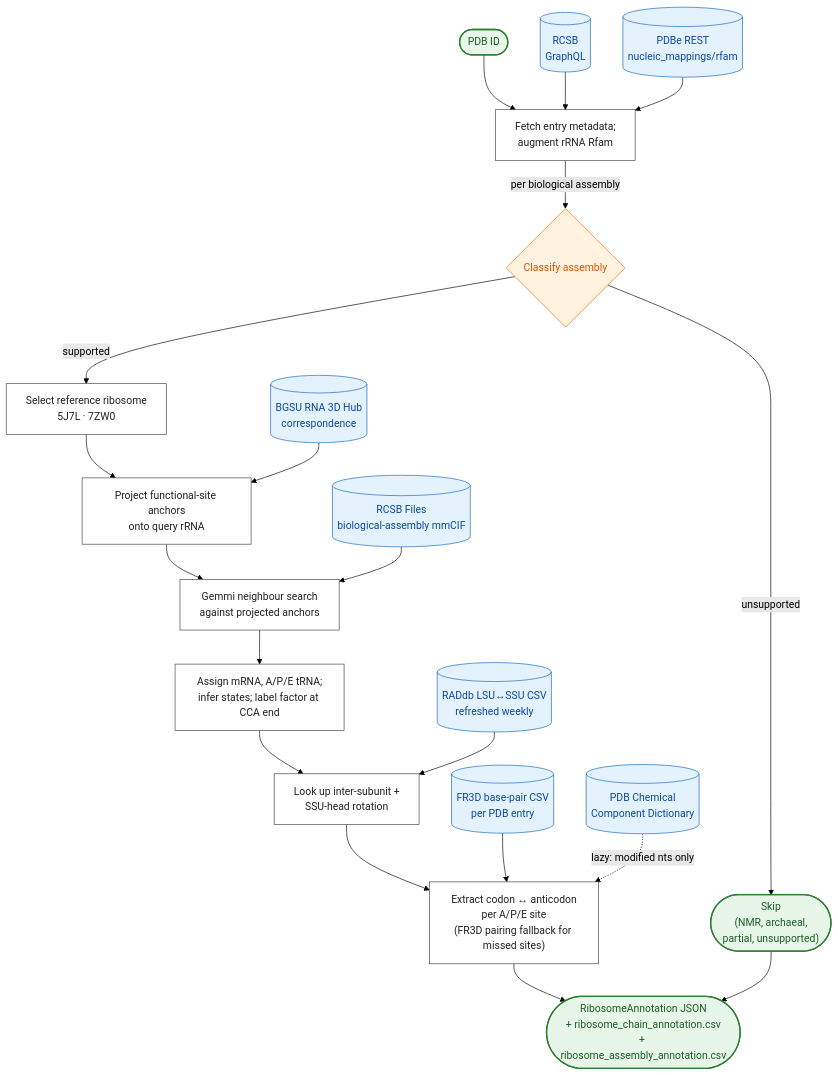
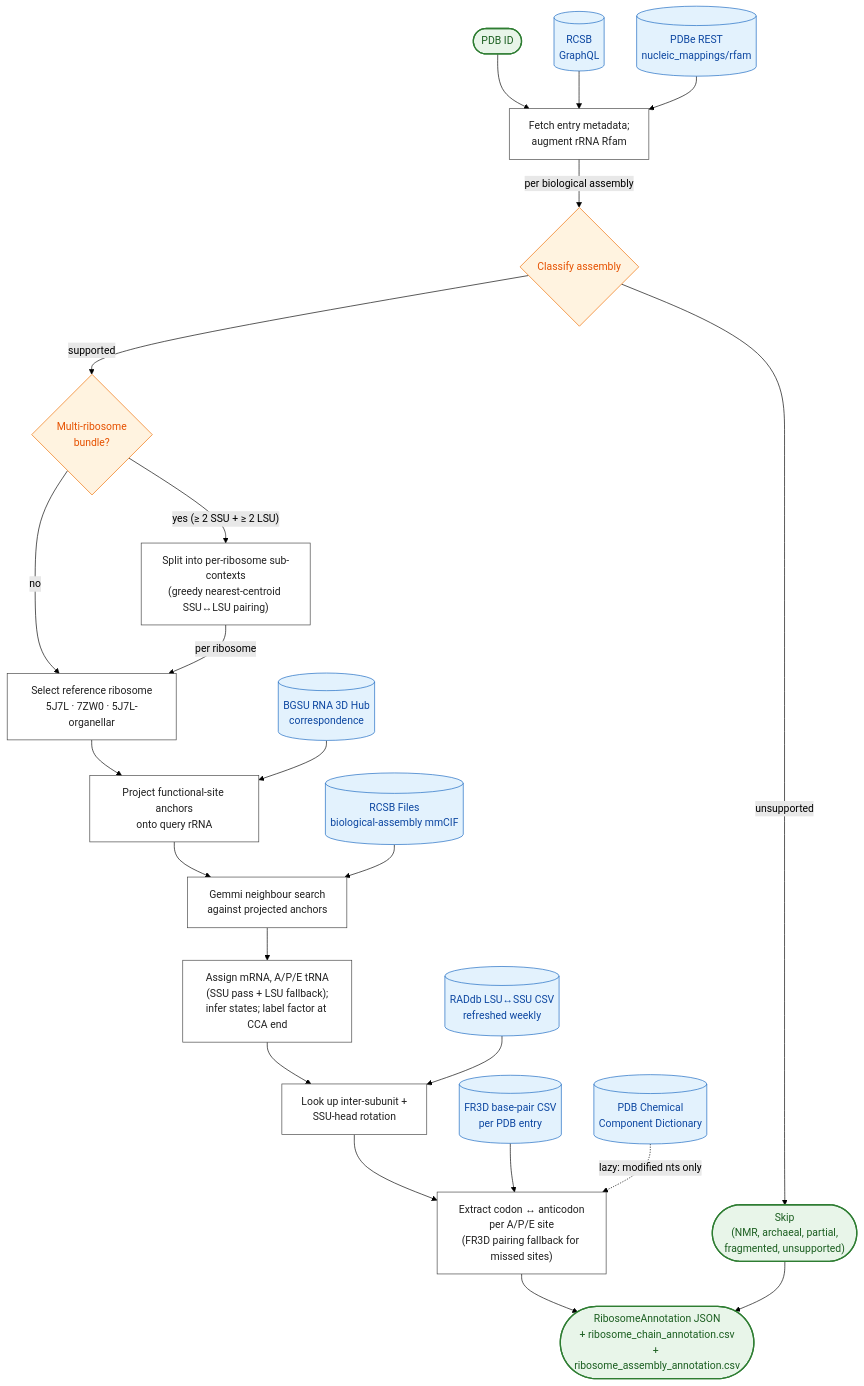
One commit to BGSU-RNA/ribosome-functional-annotation changed the diagram in README.md. Above: the diagram before and after it, drawn with Mermaid (forest theme). The commit also changed other lines of this file, not shown here.

First line of the commit message:
Update README for recent multi-ribosome and organellar changes

````diff
--- a/README.md
+++ b/README.md
@@ -118,53 +146,58 @@
 ```mermaid
 flowchart TD
     classDef source fill:#e3f2fd,stroke:#1565c0,color:#0d47a1
     classDef proc fill:#ffffff,stroke:#424242,color:#212121
     classDef io fill:#e8f5e9,stroke:#2e7d32,color:#1b5e20,stroke-width:2px
     classDef decision fill:#fff3e0,stroke:#ef6c00,color:#e65100
 
     Input(["PDB ID"]):::io
 
     %% External data sources
     RCSB[("RCSB<br/>GraphQL")]:::source
     PDBe[("PDBe REST<br/>nucleic_mappings/rfam")]:::source
     BGSU[("BGSU RNA 3D Hub<br/>correspondence")]:::source
     Coords[("RCSB Files<br/>biological-assembly mmCIF")]:::source
     RADdb[("RADdb LSU↔SSU CSV<br/>refreshed weekly")]:::source
     FR3D[("FR3D base-pair CSV<br/>per PDB entry")]:::source
     CCD[("PDB Chemical<br/>Component Dictionary")]:::source
 
     %% Processing stages
     Fetch["Fetch entry metadata;<br/>augment rRNA Rfam"]:::proc
     Classify{"Classify assembly"}:::decision
-    Skip(["Skip<br/>(NMR, archaeal,<br/>partial, unsupported)"]):::io
-    SelectRef["Select reference ribosome<br/>5J7L · 7ZW0"]:::proc
+    Skip(["Skip<br/>(NMR, archaeal, partial,<br/>fragmented, unsupported)"]):::io
+    Split{"Multi-ribosome<br/>bundle?"}:::decision
+    SplitGeom["Split into per-ribosome sub-contexts<br/>(greedy nearest-centroid SSU↔LSU pairing)"]:::proc
+    SelectRef["Select reference ribosome<br/>5J7L · 7ZW0 · 5J7L-organellar"]:::proc
     Anchors["Project functional-site anchors<br/>onto query rRNA"]:::proc
     Contacts["Gemmi neighbour search<br/>against projected anchors"]:::proc
-    Assign["Assign mRNA, A/P/E tRNA;<br/>infer states; label factor at CCA end"]:::proc
+    Assign["Assign mRNA, A/P/E tRNA<br/>(SSU pass + LSU fallback);<br/>infer states; label factor at CCA end"]:::proc
     Movements["Look up inter-subunit +<br/>SSU-head rotation"]:::proc
     Codon["Extract codon ↔ anticodon<br/>per A/P/E site<br/>(FR3D pairing fallback for missed sites)"]:::proc
 
     %% Output
     Output(["RibosomeAnnotation JSON<br/>+ ribosome_chain_annotation.csv<br/>+ ribosome_assembly_annotation.csv"]):::io
 
     %% Flow
     Input --> Fetch
     RCSB --> Fetch
     PDBe --> Fetch
 
     Fetch -->|per biological assembly| Classify
     Classify -->|unsupported| Skip
-    Classify -->|supported| SelectRef
+    Classify -->|supported| Split
+    Split -->|"yes (≥ 2 SSU + ≥ 2 LSU)"| SplitGeom
+    Split -->|no| SelectRef
+    SplitGeom -->|per ribosome| SelectRef
     SelectRef --> Anchors
     BGSU --> Anchors
     Anchors --> Contacts
     Coords --> Contacts
     Contacts --> Assign
     Assign --> Movements
     RADdb --> Movements
     Movements --> Codon
     FR3D --> Codon
     CCD -.->|lazy: modified nts only| Codon
     Codon --> Output
     Skip --> Output
 ```
````
